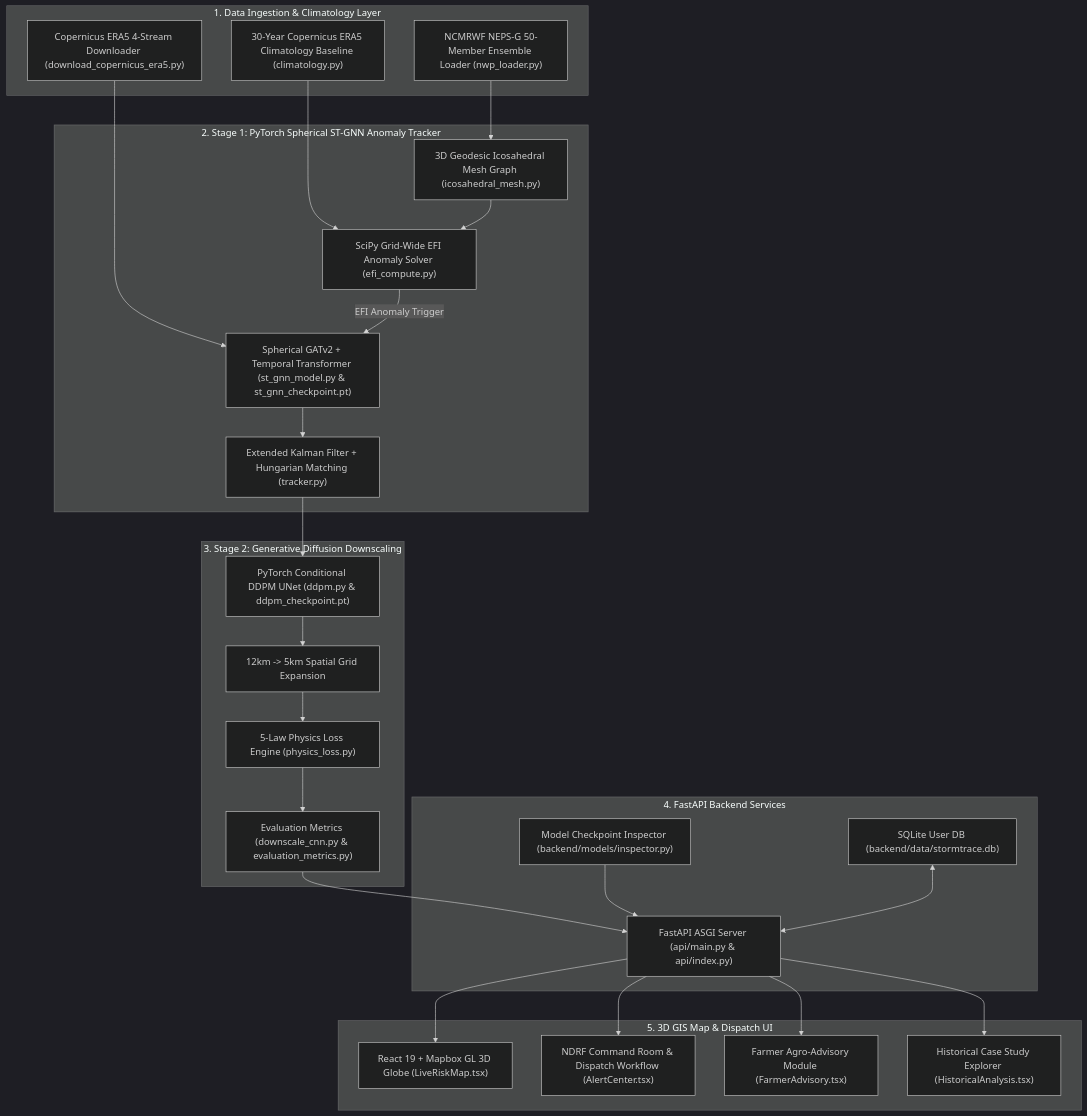
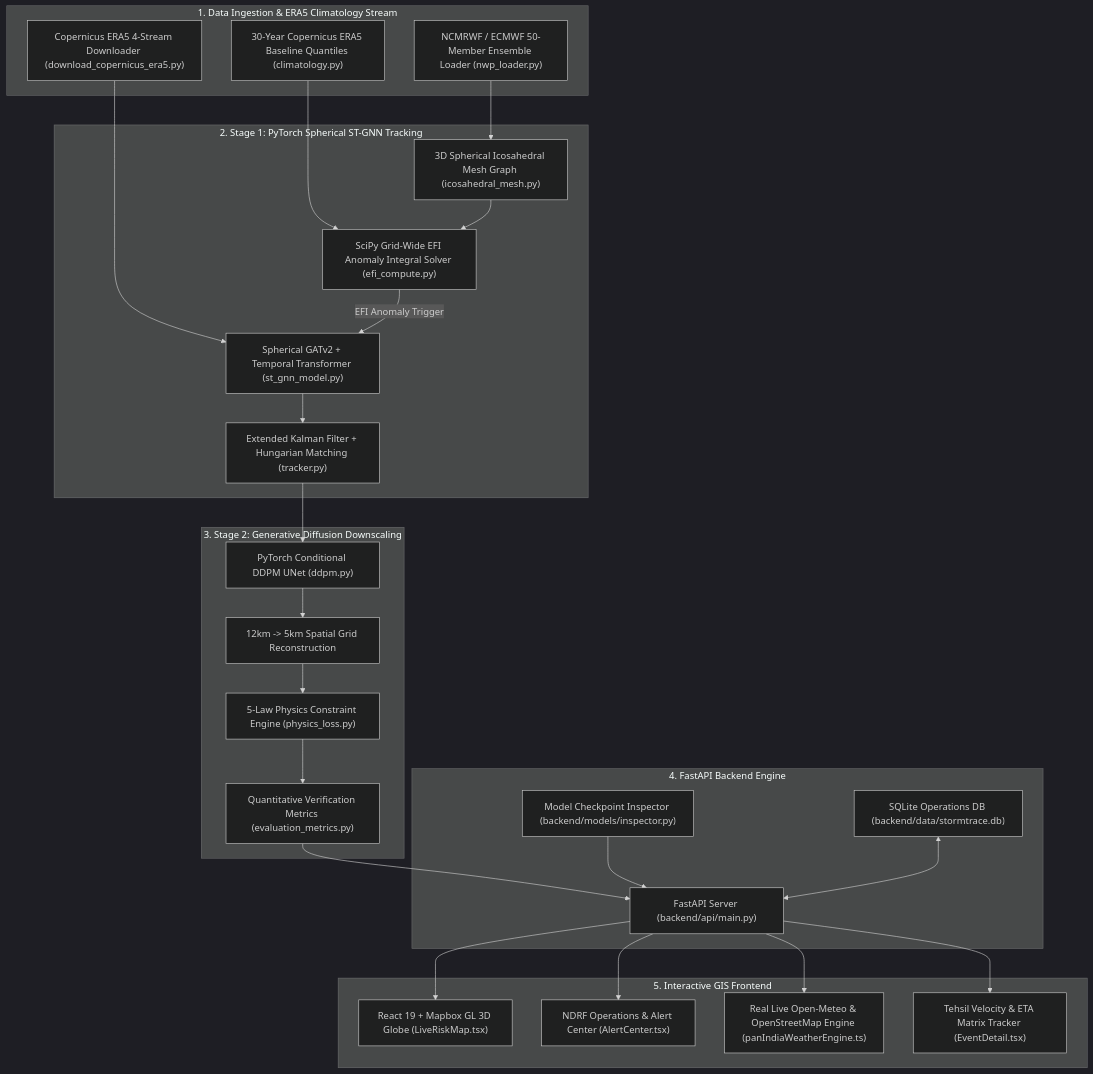
The first of 3 diagrams in README.md (Alokzhan/wheatherSIH), drawn with Mermaid (dark theme) before and after one commit. The commit also changed other lines of this file and 2 other files, not shown here.

Commit message:
Add PyTorch ST-GNN ETA tracking engine and fresh README with DFDs

````diff
--- a/README.md
+++ b/README.md
@@ -47,53 +95,53 @@
 ```mermaid
 graph TD
-    subgraph Data_Layer ["1. Data Ingestion & Climatology Layer"]
-        A1["NCMRWF NEPS-G 50-Member Ensemble Loader (nwp_loader.py)"]
-        A2["30-Year Copernicus ERA5 Climatology Baseline (climatology.py)"]
+    subgraph Layer1 ["1. Data Ingestion & ERA5 Climatology Stream"]
+        A1["NCMRWF / ECMWF 50-Member Ensemble Loader (nwp_loader.py)"]
+        A2["30-Year Copernicus ERA5 Baseline Quantiles (climatology.py)"]
         A3["Copernicus ERA5 4-Stream Downloader (download_copernicus_era5.py)"]
     end
 
-    subgraph Stage1_GNN ["2. Stage 1: PyTorch Spherical ST-GNN Anomaly Tracker"]
-        B1["3D Geodesic Icosahedral Mesh Graph (icosahedral_mesh.py)"]
-        B2["SciPy Grid-Wide EFI Anomaly Solver (efi_compute.py)"]
-        B3["Spherical GATv2 + Temporal Transformer (st_gnn_model.py & st_gnn_checkpoint.pt)"]
+    subgraph Layer2 ["2. Stage 1: PyTorch Spherical ST-GNN Tracking"]
+        B1["3D Spherical Icosahedral Mesh Graph (icosahedral_mesh.py)"]
+        B2["SciPy Grid-Wide EFI Anomaly Integral Solver (efi_compute.py)"]
+        B3["Spherical GATv2 + Temporal Transformer (st_gnn_model.py)"]
         B4["Extended Kalman Filter + Hungarian Matching (tracker.py)"]
     end
 
-    subgraph Stage2_Diffusion ["3. Stage 2: Generative Diffusion Downscaling"]
-        C1["PyTorch Conditional DDPM UNet (ddpm.py & ddpm_checkpoint.pt)"]
-        C2["12km -> 5km Spatial Grid Expansion"]
-        C3["5-Law Physics Loss Engine (physics_loss.py)"]
-        C4["Evaluation Metrics (downscale_cnn.py & evaluation_metrics.py)"]
+    subgraph Layer3 ["3. Stage 2: Generative Diffusion Downscaling"]
+        C1["PyTorch Conditional DDPM UNet (ddpm.py)"]
+        C2["12km -> 5km Spatial Grid Reconstruction"]
+        C3["5-Law Physics Constraint Engine (physics_loss.py)"]
+        C4["Quantitative Verification Metrics (evaluation_metrics.py)"]
     end
 
-    subgraph Backend_Services ["4. FastAPI Backend Services"]
-        D1["FastAPI ASGI Server (api/main.py & api/index.py)"]
-        D2["SQLite User DB (backend/data/stormtrace.db)"]
+    subgraph Layer4 ["4. FastAPI Backend Engine"]
+        D1["FastAPI Server (backend/api/main.py)"]
+        D2["SQLite Operations DB (backend/data/stormtrace.db)"]
         D3["Model Checkpoint Inspector (backend/models/inspector.py)"]
     end
 
-    subgraph Frontend_UI ["5. 3D GIS Map & Dispatch UI"]
+    subgraph Layer5 ["5. Interactive GIS Frontend"]
         E1["React 19 + Mapbox GL 3D Globe (LiveRiskMap.tsx)"]
-        E2["NDRF Command Room & Dispatch Workflow (AlertCenter.tsx)"]
-        E3["Farmer Agro-Advisory Module (FarmerAdvisory.tsx)"]
-        E4["Historical Case Study Explorer (HistoricalAnalysis.tsx)"]
+        E2["NDRF Operations & Alert Center (AlertCenter.tsx)"]
+        E3["Real Live Open-Meteo & OpenStreetMap Engine (panIndiaWeatherEngine.ts)"]
+        E4["Tehsil Velocity & ETA Matrix Tracker (EventDetail.tsx)"]
     end
 
     A1 --> B1
     A2 --> B2
     A3 --> B3
     B1 --> B2
     B2 -->|EFI Anomaly Trigger| B3
     B3 --> B4
     B4 --> C1
     C1 --> C2
     C2 --> C3
     C3 --> C4
     C4 --> D1
     D3 --> D1
     D2 <--> D1
     D1 --> E1
     D1 --> E2
     D1 --> E3
     D1 --> E4
 ```
````
